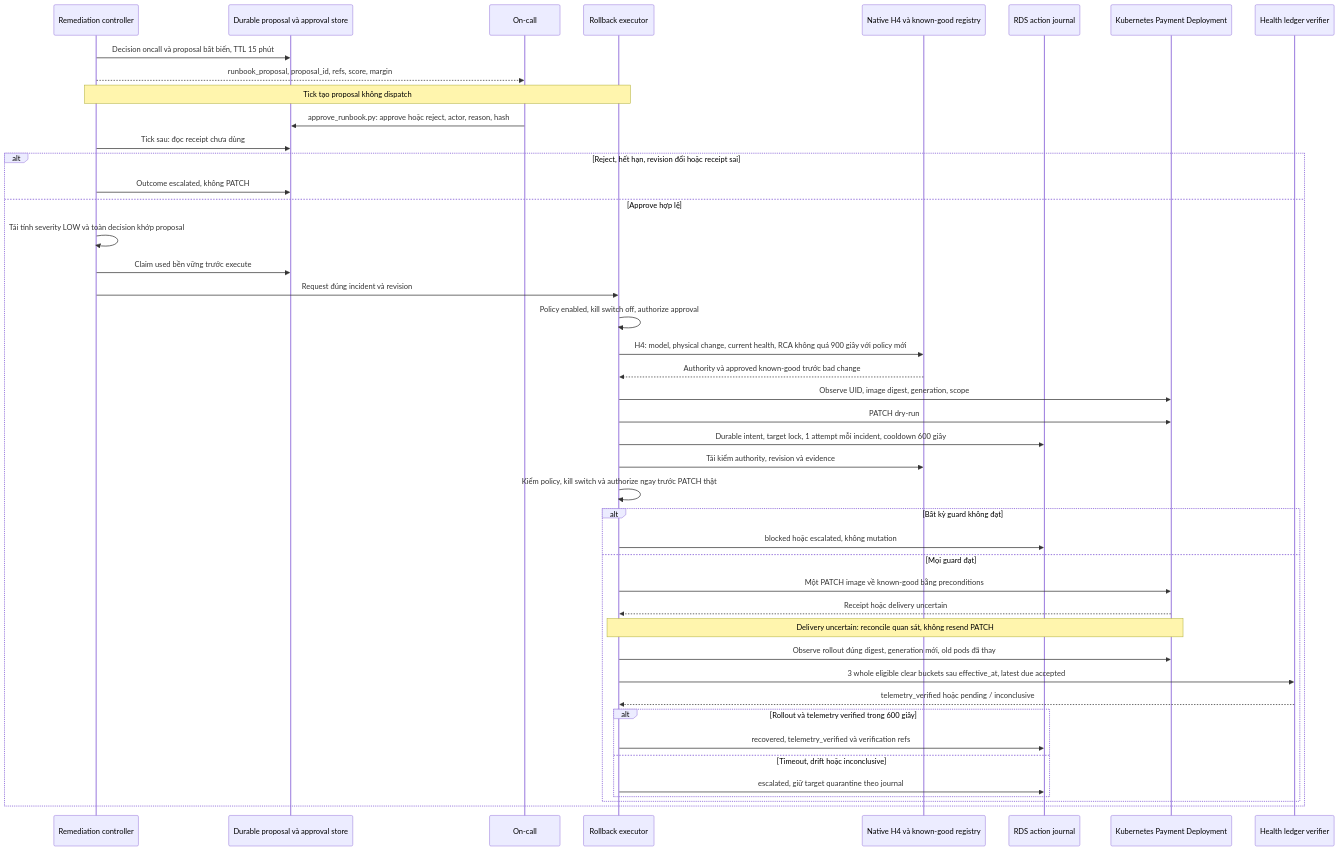
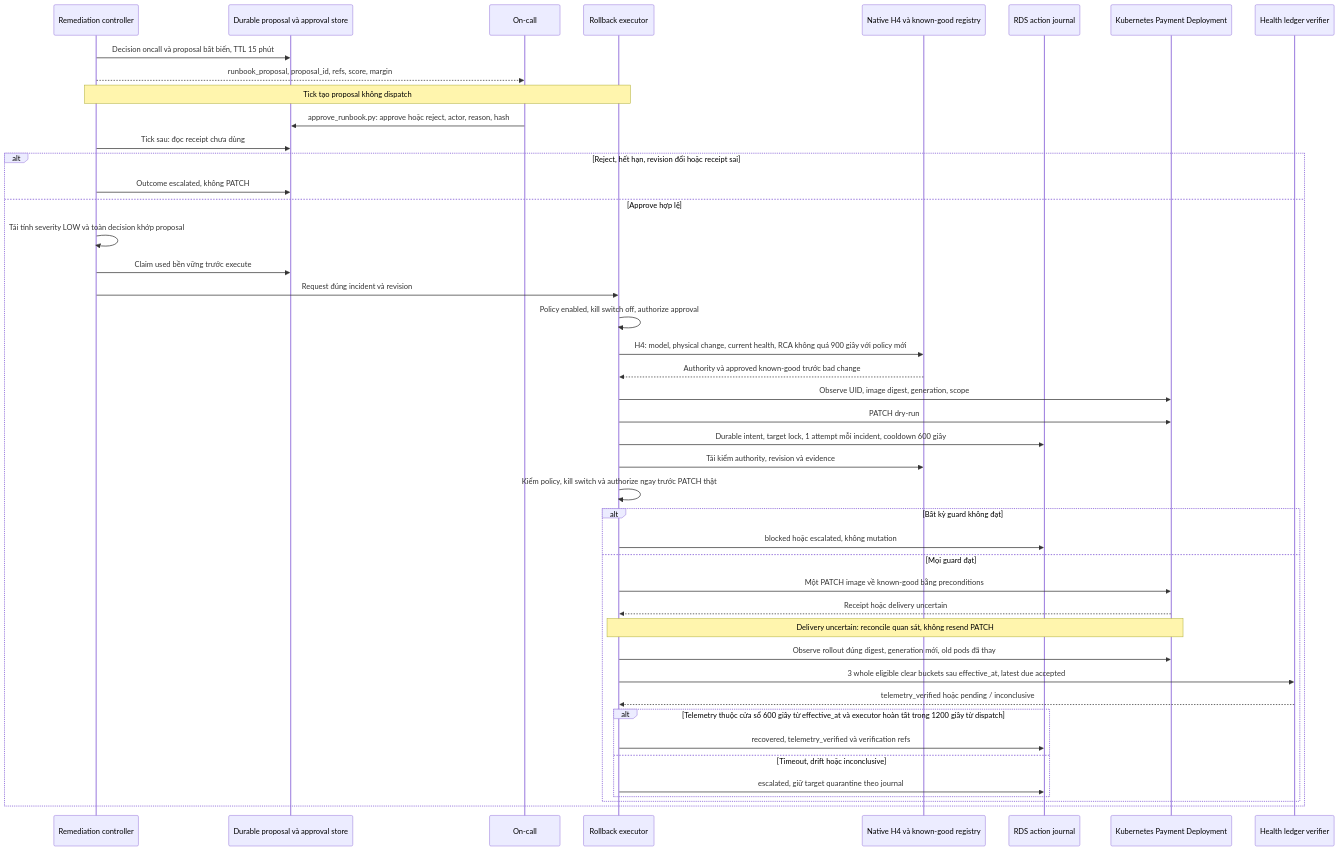
Before and after one commit to VietSory/SentinelOps: the seventh of 14 diagrams in docs/delivery/AWS_DEMO_ACCESS_AND_FLOWS.md, drawn with Mermaid. The commit also changed 14 other files, not shown here.

First line of the commit message:
feat(remediation): executor verification budget 600 -> 1200 s; telemetry window unchanged

````diff
--- a/docs/delivery/AWS_DEMO_ACCESS_AND_FLOWS.md
+++ b/docs/delivery/AWS_DEMO_ACCESS_AND_FLOWS.md
@@ -269,46 +269,46 @@
 ```mermaid
 sequenceDiagram
   participant C as Remediation controller
   participant S as Durable proposal và approval store
   participant O as On-call
   participant E as Rollback executor
   participant H as Native H4 và known-good registry
   participant J as RDS action journal
   participant K as Kubernetes Payment Deployment
   participant V as Health ledger verifier
   C->>S: Decision oncall và proposal bất biến, TTL 15 phút
   C-->>O: runbook_proposal, proposal_id, refs, score, margin
   Note over C,E: Tick tạo proposal không dispatch
   O->>S: approve_runbook.py: approve hoặc reject, actor, reason, hash
   C->>S: Tick sau: đọc receipt chưa dùng
   alt Reject, hết hạn, revision đổi hoặc receipt sai
     C->>S: Outcome escalated, không PATCH
   else Approve hợp lệ
     C->>C: Tái tính severity LOW và toàn decision khớp proposal
     C->>S: Claim used bền vững trước execute
     C->>E: Request đúng incident và revision
     E->>E: Policy enabled, kill switch off, authorize approval
     E->>H: H4: model, physical change, current health, RCA không quá 900 giây với policy mới
     H-->>E: Authority và approved known-good trước bad change
     E->>K: Observe UID, image digest, generation, scope
     E->>K: PATCH dry-run
     E->>J: Durable intent, target lock, 1 attempt mỗi incident, cooldown 600 giây
     E->>H: Tái kiểm authority, revision và evidence
     E->>E: Kiểm policy, kill switch và authorize ngay trước PATCH thật
     alt Bất kỳ guard không đạt
       E->>J: blocked hoặc escalated, không mutation
     else Mọi guard đạt
       E->>K: Một PATCH image về known-good bằng preconditions
       K-->>E: Receipt hoặc delivery uncertain
       Note over E,K: Delivery uncertain: reconcile quan sát, không resend PATCH
       E->>K: Observe rollout đúng digest, generation mới, old pods đã thay
       E->>V: 3 whole eligible clear buckets sau effective_at, latest due accepted
       V-->>E: telemetry_verified hoặc pending / inconclusive
-      alt Rollout và telemetry verified trong 600 giây
+      alt Telemetry thuộc cửa sổ 600 giây từ effective_at và executor hoàn tất trong 1200 giây từ dispatch
         E->>J: recovered, telemetry_verified và verification refs
       else Timeout, drift hoặc inconclusive
         E->>J: escalated, giữ target quarantine theo journal
       end
     end
   end
 ```
````
